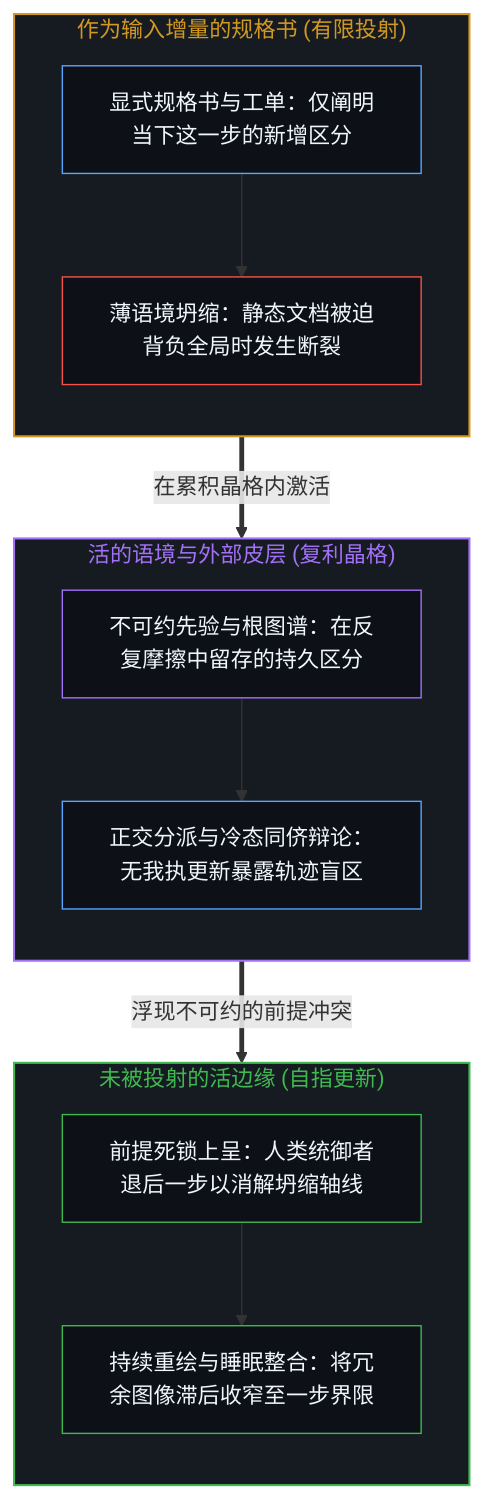
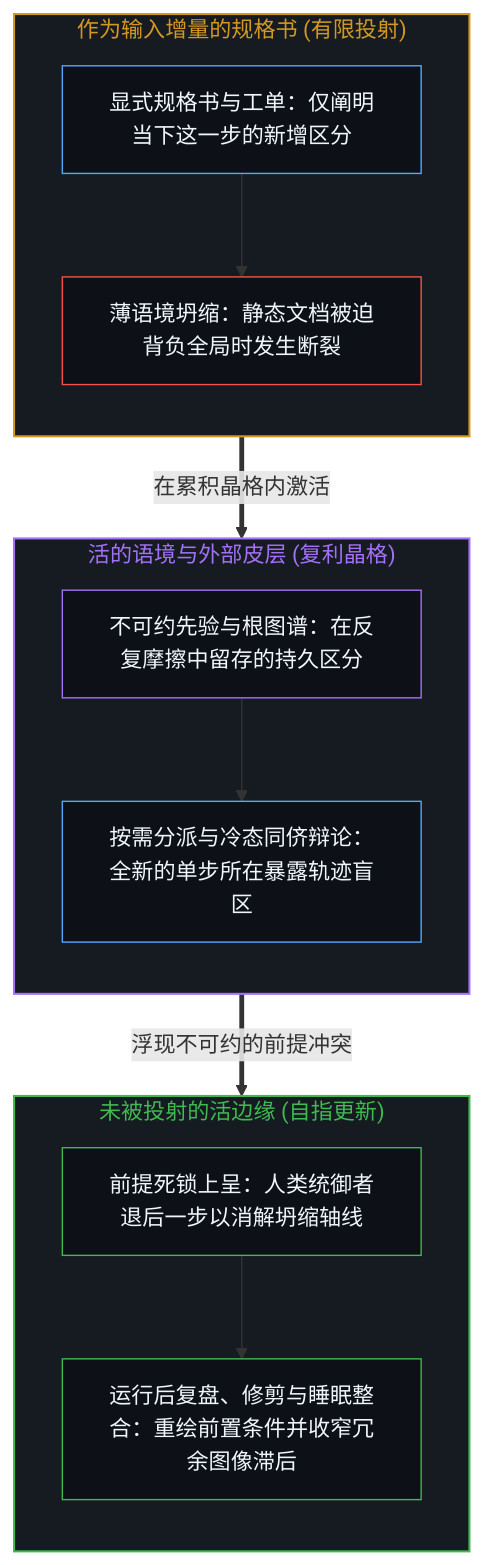
Before and after one commit to powerpig99/not-a-toe: the first of 2 diagrams in content/posts/the-living-context.md, drawn with Mermaid. The commit also changed other lines of this file and 1 other file, not shown here.

````diff
--- a/content/posts/the-living-context.md
+++ b/content/posts/the-living-context.md
@@ -35,36 +35,32 @@
 ```mermaid
 flowchart TD
     subgraph S_Delta["作为输入增量的规格书 (有限投射)"]
         direction TB
         Ticket["显式规格书与工单：仅阐明当下这一步的新增区分"]
         Thin["薄语境坍缩：静态文档被迫背负全局时发生断裂"]
         Ticket --> Thin
     end
-
     subgraph S_Cortex["活的语境与外部皮层 (复利晶格)"]
         direction TB
         Priors["不可约先验与根图谱：在反复摩擦中留存的持久区分"]
-        Mitosis["正交分派与冷态同侪辩论：无我执更新暴露轨迹盲区"]
+        Mitosis["按需分派与冷态同侪辩论：全新的单步所在暴露轨迹盲区"]
         Priors --> Mitosis
     end
-
     subgraph S_Edge["未被投射的活边缘 (自指更新)"]
         direction TB
         Escalation["前提死锁上呈：人类统御者退后一步以消解坍缩轴线"]
-        ReRender["持续重绘与睡眠整合：将冗余图像滞后收窄至一步界限"]
+        ReRender["运行后复盘、修剪与睡眠整合：重绘前置条件并收窄冗余图像滞后"]
         Escalation --> ReRender
     end
-
     Ticket ==>|"在累积晶格内激活"| Priors
     Mitosis ==>|"浮现不可约的前提冲突"| Escalation
-
     style S_Delta fill:#161b22,stroke:#d29922,stroke-width:1.5px,color:#d29922
     style S_Cortex fill:#161b22,stroke:#a371f7,stroke-width:1.5px,color:#a371f7
     style S_Edge fill:#161b22,stroke:#3fb950,stroke-width:1.5px,color:#3fb950
     style Ticket fill:#0d1117,stroke:#58a6ff,stroke-width:1px,color:#f0f6fc
     style Thin fill:#0d1117,stroke:#f85149,stroke-width:1px,color:#f0f6fc
     style Priors fill:#0d1117,stroke:#a371f7,stroke-width:1px,color:#f0f6fc
     style Mitosis fill:#0d1117,stroke:#58a6ff,stroke-width:1px,color:#f0f6fc
     style Escalation fill:#0d1117,stroke:#3fb950,stroke-width:1px,color:#f0f6fc
     style ReRender fill:#0d1117,stroke:#3fb950,stroke-width:1px,color:#f0f6fc
 ```
````
